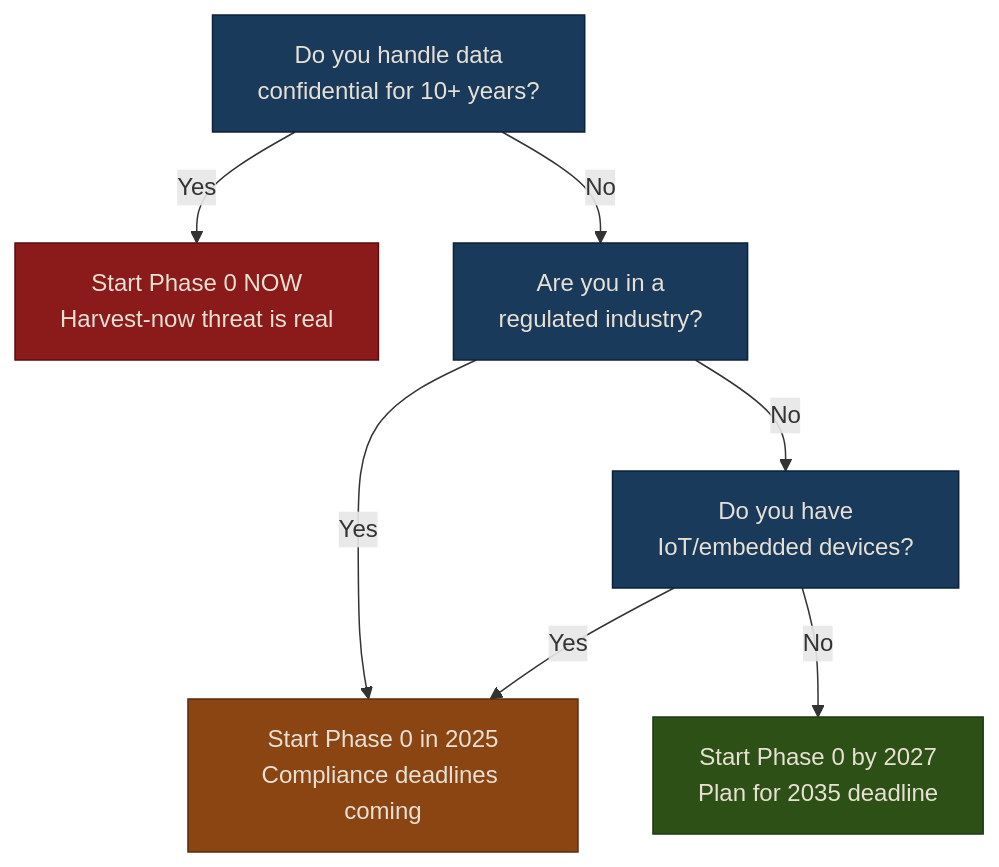
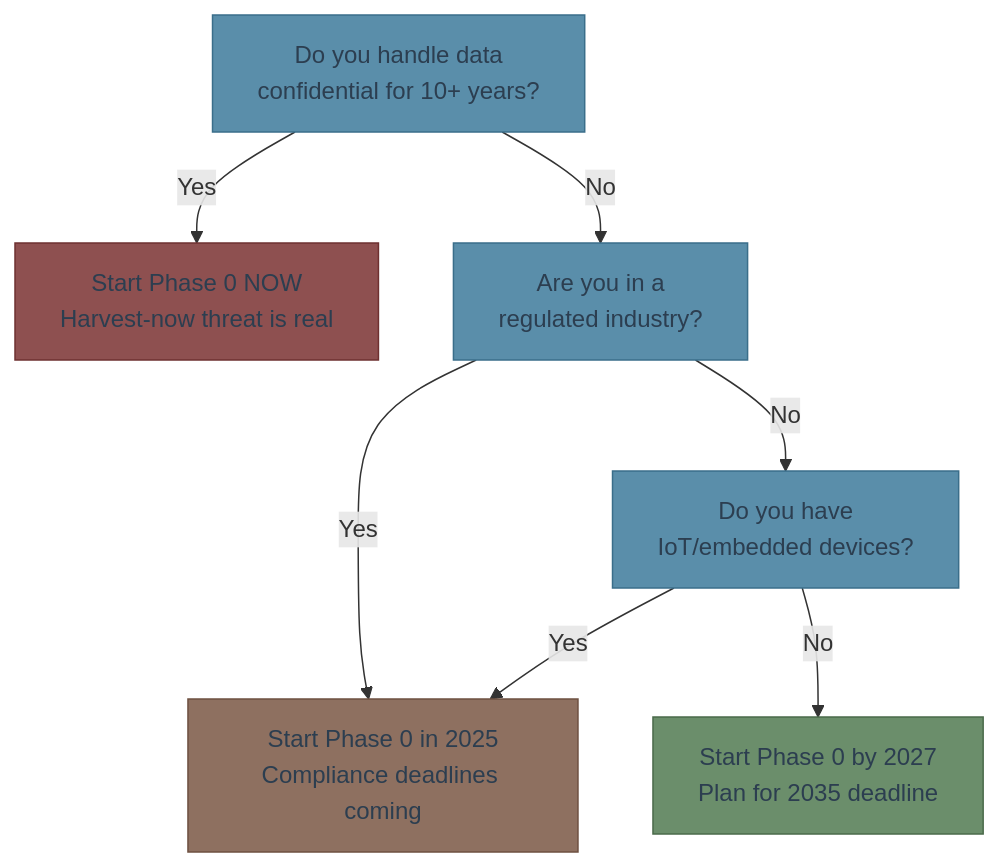
One commit to MichaelTien8901/pqc-engineering-guide changed the third of 3 diagrams in 06-migration-guide.md. Above: the diagram before and after it, drawn with Mermaid. The commit also changed other lines of this file and 8 other files, not shown here.

First line of the commit message:
Fix Mermaid paper-like styling matching reference project

````diff
--- a/06-migration-guide.md
+++ b/06-migration-guide.md
@@ -183,19 +183,19 @@
 ```mermaid
 flowchart TD
     Q1[Do you handle data<br/>confidential for 10+ years?] -->|Yes| URGENT[Start Phase 0 NOW<br/>Harvest-now threat is real]
     Q1 -->|No| Q2[Are you in a<br/>regulated industry?]
     Q2 -->|Yes| PLAN[Start Phase 0 in 2025<br/>Compliance deadlines coming]
     Q2 -->|No| Q3[Do you have<br/>IoT/embedded devices?]
     Q3 -->|Yes| PLAN
     Q3 -->|No| NORMAL[Start Phase 0 by 2027<br/>Plan for 2035 deadline]
 
-    classDef urgent fill:#8b1a1a,stroke:#5a0d0d,color:#e8e0d4
-    classDef plan fill:#8b4513,stroke:#5a2d0a,color:#e8e0d4
-    classDef normal fill:#2d5016,stroke:#1a3a1a,color:#e8e0d4
-    classDef question fill:#1a3a5c,stroke:#0d2137,color:#e8e0d4
+    classDef urgent fill:#8e5050,stroke:#6e3030,color:#2c3e50
+    classDef plan fill:#8e7060,stroke:#6e5040,color:#2c3e50
+    classDef normal fill:#6b8e6b,stroke:#4a6a4a,color:#2c3e50
+    classDef question fill:#5a8eaa,stroke:#3a6e8a,color:#2c3e50
 
     class Q1,Q2,Q3 question
     class URGENT urgent
     class PLAN plan
     class NORMAL normal
 ```
````
